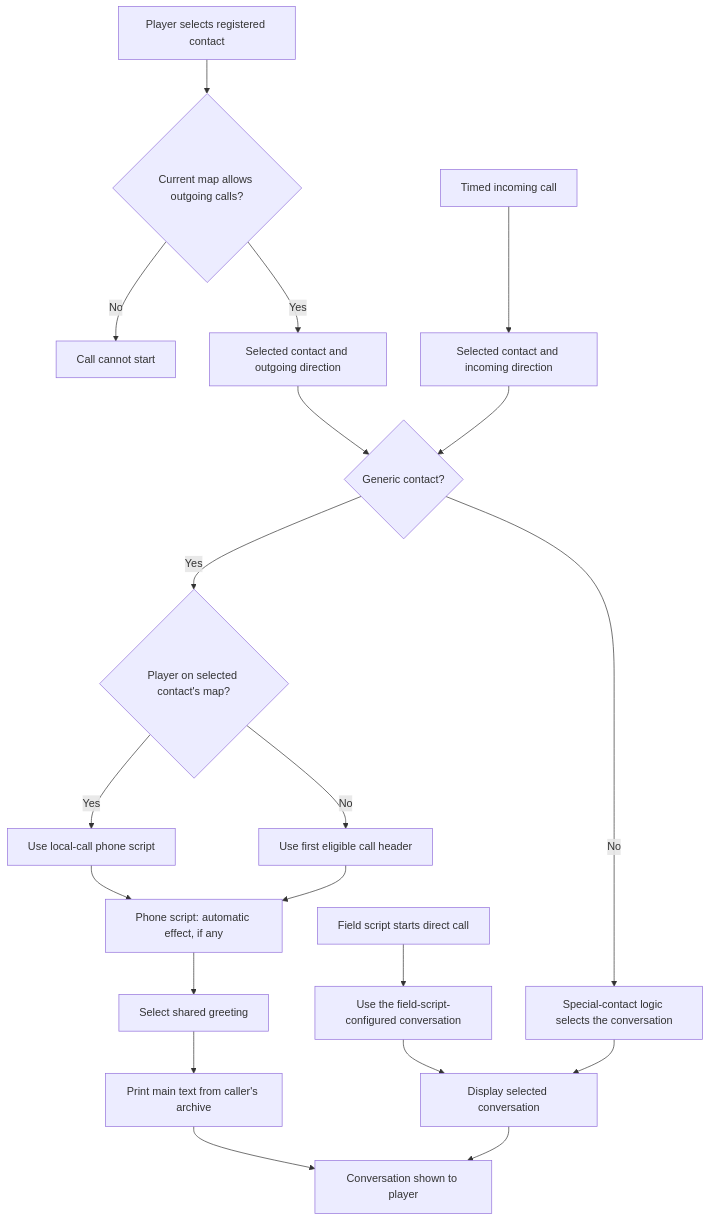
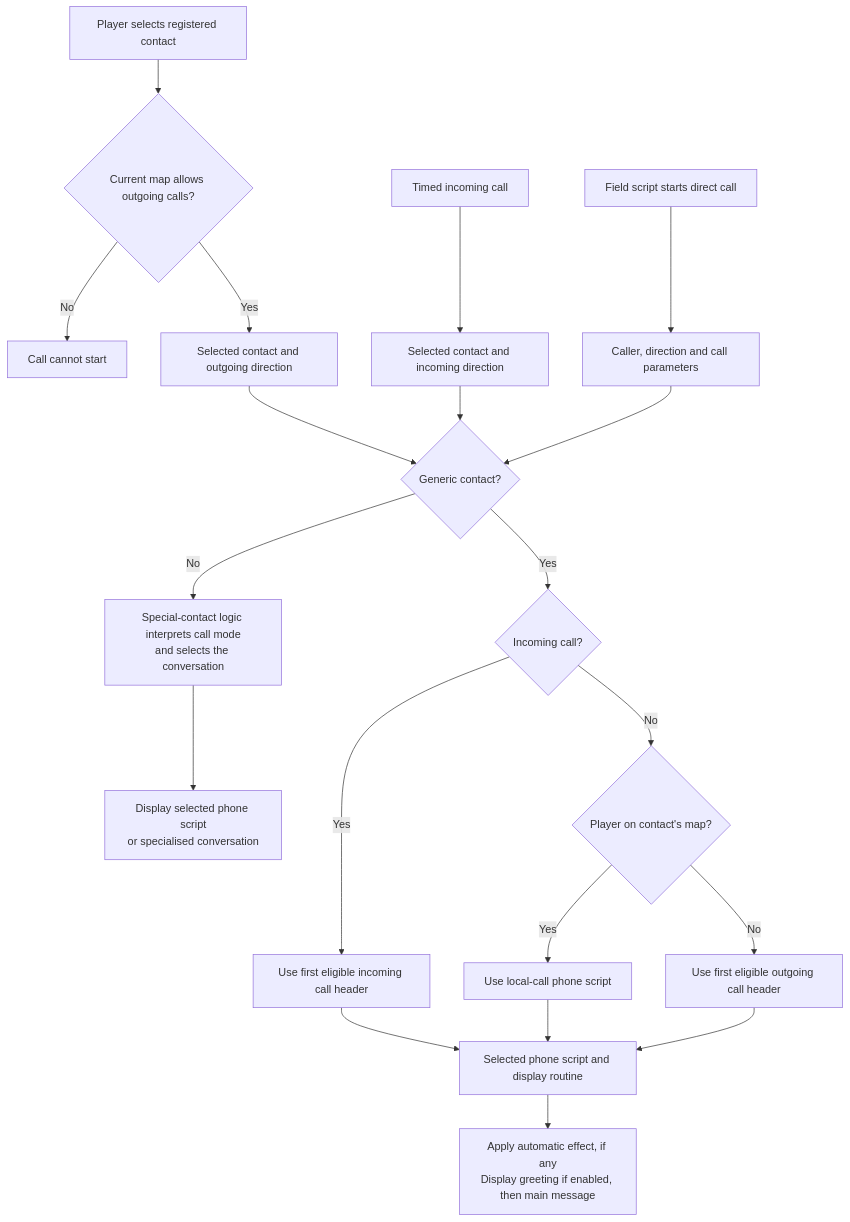
Before and after one commit to ds-pokemon-hacking/ds-pokemon-hacking.github.io: the diagram in docs/generation-iv/guides/hgss-pokegear_phone_system/hgss-pokegear_phone_system.md, drawn with Mermaid. The commit also changed other lines of this file and 2 other files, not shown here.

Commit message:
More re-structuring and simplification, 2/3 temp flows replaced with final versions, potentially reussable phone scripts list added

````diff
--- a/docs/generation-iv/guides/hgss-pokegear_phone_system/hgss-pokegear_phone_system.md
+++ b/docs/generation-iv/guides/hgss-pokegear_phone_system/hgss-pokegear_phone_system.md
@@ -462,22 +517,22 @@
 ```mermaid
 flowchart TD
     A[Player selects registered contact] --> B{Current map allows outgoing calls?}
     B -- No --> C[Call cannot start]
     B -- Yes --> D[Selected contact and outgoing direction]
     E[Timed incoming call] --> F[Selected contact and incoming direction]
-    G[Field script starts direct call] --> H[Use the field-script-configured conversation]
+    G[Field script starts direct call] --> H[Caller, direction and call parameters]
     D --> I{Generic contact?}
     F --> I
-    H --> Q[Display configured conversation]
-    I -- No --> J[Special-contact logic selects the conversation]
-    I -- Yes --> K{Player on selected contact's map?}
-    K -- Yes --> L[Use local-call phone script]
-    K -- No --> M[Use first eligible call header]
-    L --> N[Phone script: automatic effect, if any]
-    M --> N
-    N --> O[Select shared greeting]
-    O --> P[Print main text from caller's archive]
-    J --> Q[Display selected conversation]
-    P --> R[Conversation shown to player]
-    Q --> R
+    H --> I
+    I -- No --> J[Special-contact logic interprets call mode<br/>and selects the conversation]
+    I -- Yes --> K{Incoming call?}
+    K -- Yes --> M[Use first eligible incoming call header]
+    K -- No --> L{Player on contact's map?}
+    L -- Yes --> N[Use local-call phone script]
+    L -- No --> O[Use first eligible outgoing call header]
+    M --> P[Selected phone script and display routine]
+    N --> P
+    O --> P
+    P --> R[Apply automatic effect, if any<br/>Display greeting if enabled, then main message]
+    J --> Q[Display selected phone script<br/>or specialised conversation]
 ```
````
